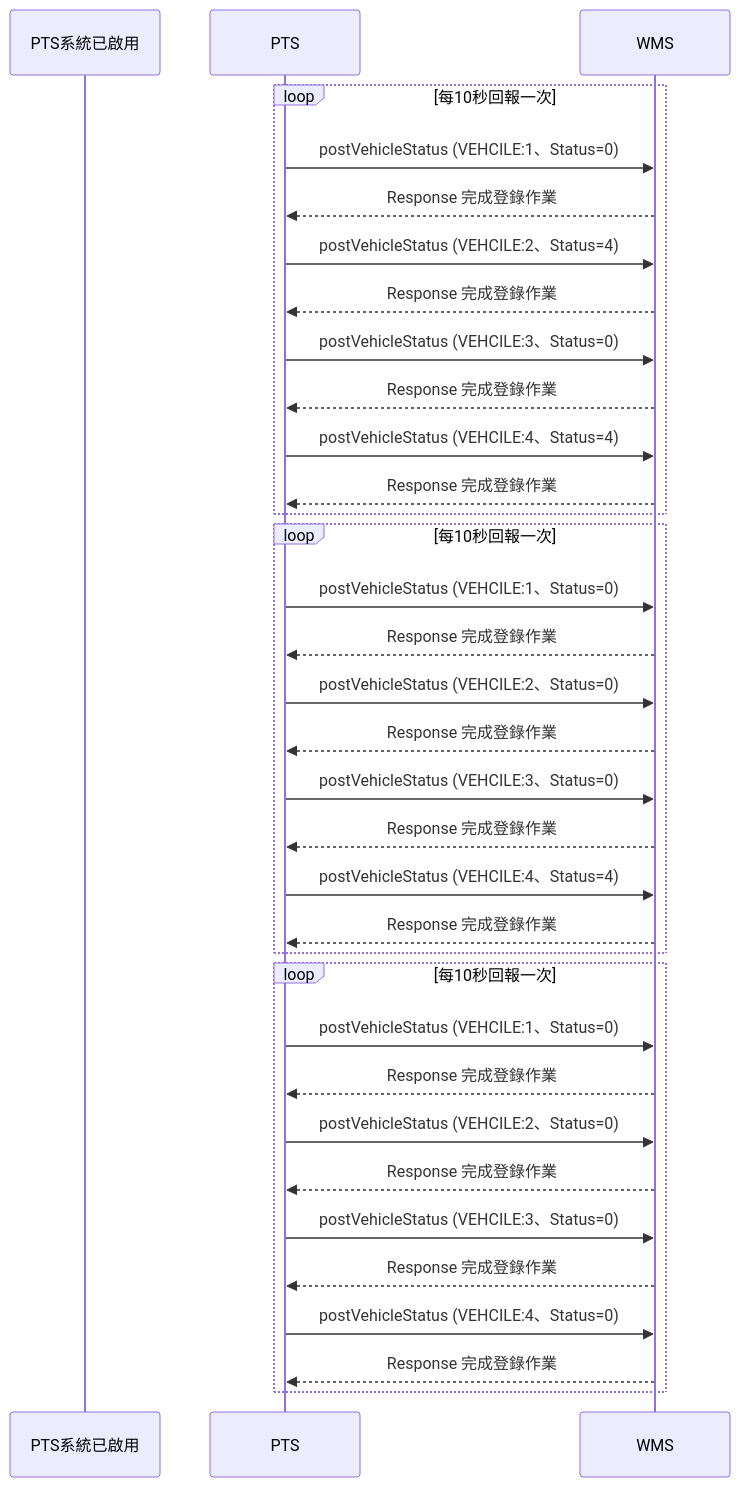
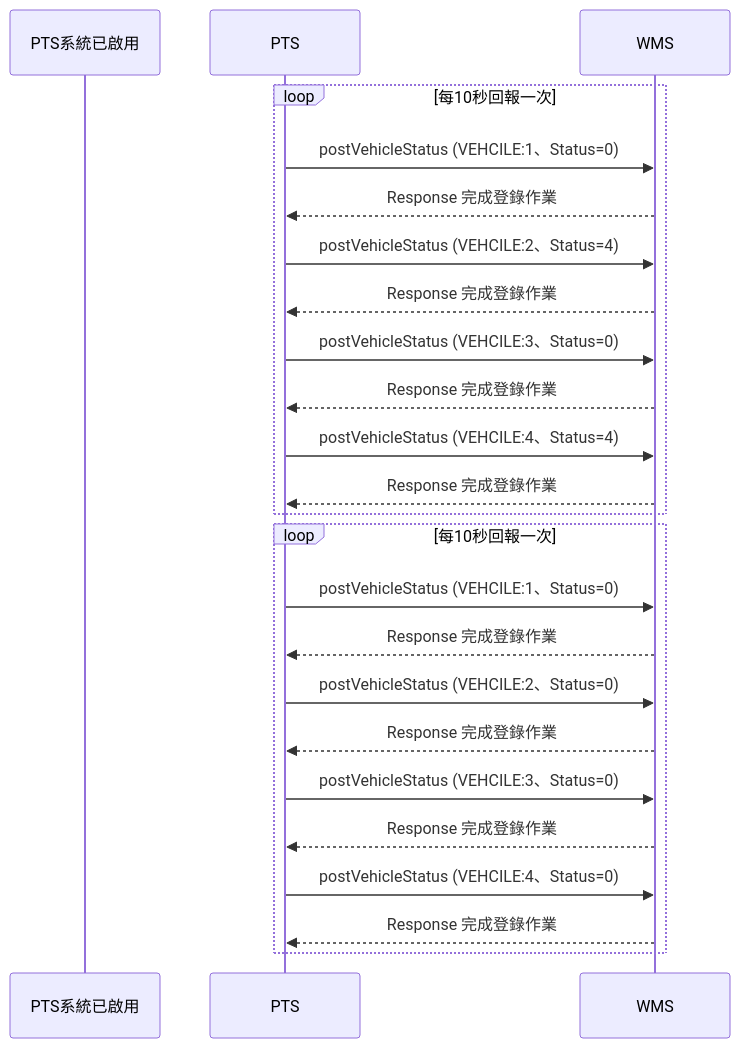
One commit to athena-tircgo/amr-wms-lsj changed the fifth of 5 diagrams in README.md. Above: the diagram before and after it, drawn with Mermaid.

````diff
--- a/README.md
+++ b/README.md
@@ -307,39 +307,28 @@
 ```mermaid
 sequenceDiagram
     participant PTS系統已啟用
     participant PTS
     participant WMS
 
     loop 每10秒回報一次
         PTS->>WMS: postVehicleStatus (VEHCILE:1、Status=0)
         WMS-->>PTS: Response 完成登錄作業
         PTS->>WMS: postVehicleStatus (VEHCILE:2、Status=4)
         WMS-->>PTS: Response 完成登錄作業
         PTS->>WMS: postVehicleStatus (VEHCILE:3、Status=0)
         WMS-->>PTS: Response 完成登錄作業
         PTS->>WMS: postVehicleStatus (VEHCILE:4、Status=4)
         WMS-->>PTS: Response 完成登錄作業
     end
 
     loop 每10秒回報一次
         PTS->>WMS: postVehicleStatus (VEHCILE:1、Status=0)
         WMS-->>PTS: Response 完成登錄作業
         PTS->>WMS: postVehicleStatus (VEHCILE:2、Status=0)
         WMS-->>PTS: Response 完成登錄作業
         PTS->>WMS: postVehicleStatus (VEHCILE:3、Status=0)
         WMS-->>PTS: Response 完成登錄作業
-        PTS->>WMS: postVehicleStatus (VEHCILE:4、Status=4)
-        WMS-->>PTS: Response 完成登錄作業
-    end
-
-    loop 每10秒回報一次
-        PTS->>WMS: postVehicleStatus (VEHCILE:1、Status=0)
-        WMS-->>PTS: Response 完成登錄作業
-        PTS->>WMS: postVehicleStatus (VEHCILE:2、Status=0)
-        WMS-->>PTS: Response 完成登錄作業
-        PTS->>WMS: postVehicleStatus (VEHCILE:3、Status=0)
-        WMS-->>PTS: Response 完成登錄作業
         PTS->>WMS: postVehicleStatus (VEHCILE:4、Status=0)
         WMS-->>PTS: Response 完成登錄作業
     end
 ```
````
